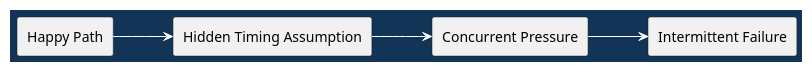
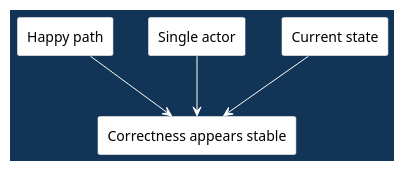
Before and after one commit to madajaju/CS5254: the fifth of 11 diagrams in doc/lectures/week12/load_testing/README.slides.adoc, drawn with PlantUML. The commit also changed other lines of this file and 47 other files, not shown here.

```diff
--- a/doc/lectures/week12/load_testing/README.slides.adoc
+++ b/doc/lectures/week12/load_testing/README.slides.adoc
@@ -36,28 +113,25 @@
-[plantuml,width=100%]
+[plantuml, width=100%]
 ----
 @startuml
 skinparam shadowing false
-skinparam backgroundColor #123456
-skinparam defaultFontColor black
+skinparam BackgroundColor #123456
+skinparam DefaultFontColor black
 skinparam ArrowColor white
 skinparam ArrowFontColor #ffd166
 skinparam ArrowFontStyle bold
 skinparam ArrowFontSize 16
-skinparam BoxBackgroundColor white
-skinparam BoxFontColor black
 skinparam BorderColor #123456
-skinparam ParticipantBorderColor #123456
-skinparam ParticipantBackgroundColor white
-skinparam ParticipantFontColor black
-skinparam LifeLineBorderColor white
-skinparam LifeLineBackgroundColor white
-left to right direction
-rectangle "Happy Path" as H
-rectangle "Hidden Timing Assumption" as I
-rectangle "Concurrent Pressure" as P
-rectangle "Intermittent Failure" as F
-H --> I
-I --> P
-P --> F
+skinparam rectangle {
+  BackgroundColor white
+  BorderColor #123456
+  FontColor black
+}
+rectangle "Happy path" as H
+rectangle "Single actor" as A
+rectangle "Current state" as C
+rectangle "Correctness appears stable" as P
+H --> P
+A --> P
+C --> P
 @enduml
 ----
```
